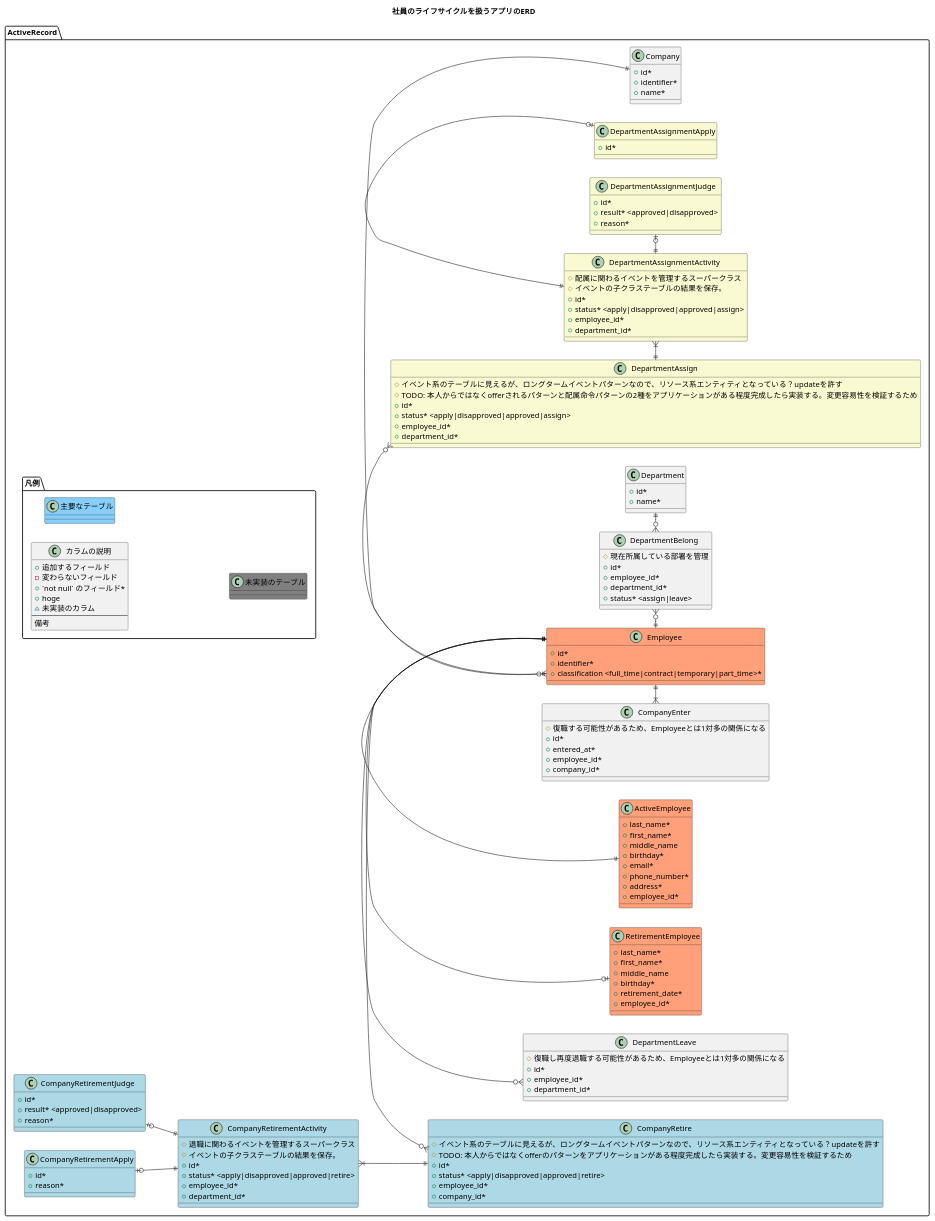
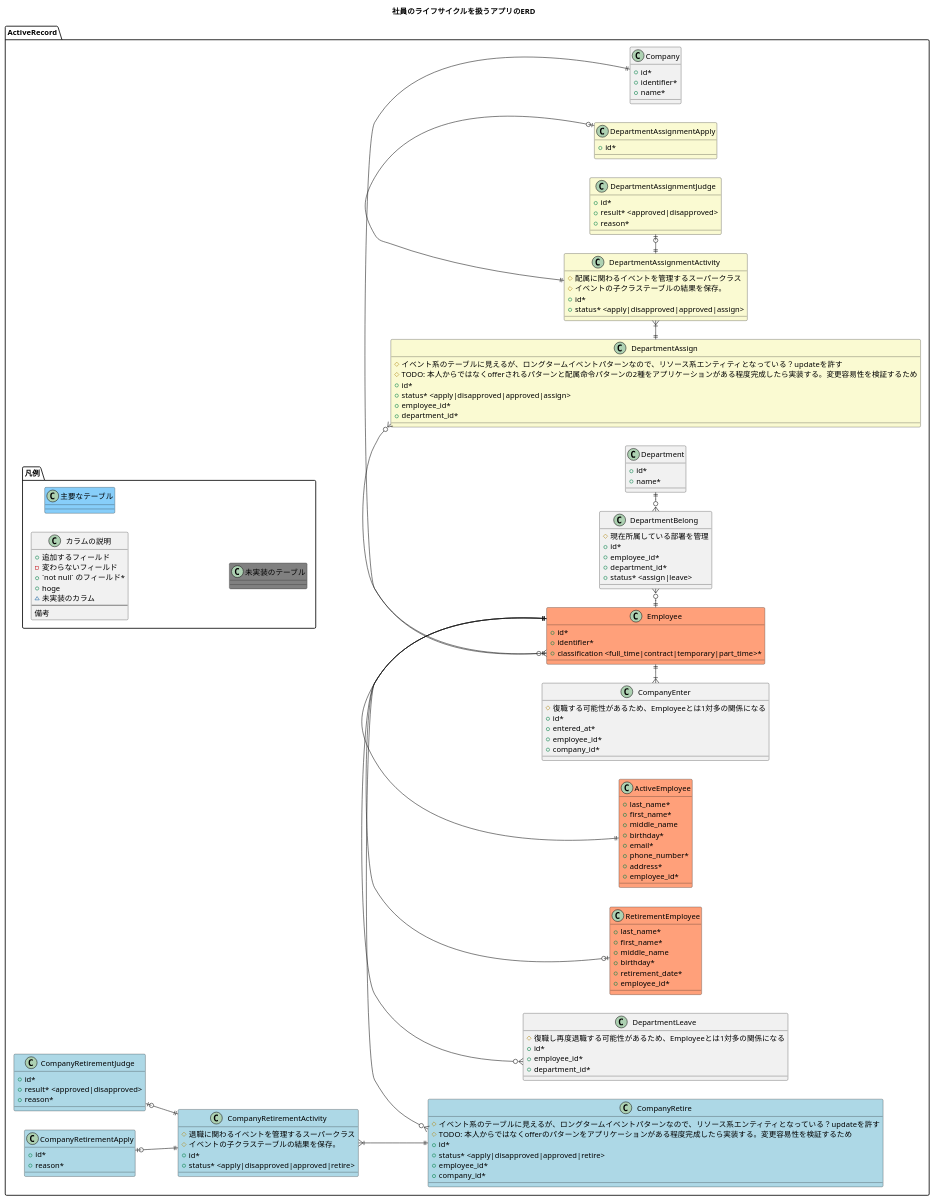
Before and after one commit to nakamori-naoya/human_resource_management_app_rails: the diagram in SystemDesign/ er.puml, drawn with PlantUML.

Commit message:
remove:不要な外部キーを削除

```diff
--- a/SystemDesign/ er.puml
+++ b/SystemDesign/ er.puml
@@ -1,160 +1,156 @@
 @startuml
 title
 社員のライフサイクルを扱うアプリのERD
 end title
 left to right direction
 
 namespace ActiveRecord {
   namespace 凡例 {
     class カラムの説明 {
       + 追加するフィールド
       - 変わらないフィールド
       + `not null` のフィールド*
       + hoge 
       ~ 未実装のカラム
       --
       備考
     }
 
     class 主要なテーブル #LightSkyBlue {
     }
 
     class 未実装のテーブル #Grey {
     }
   }
 
   class Employee #LightSalmon {
     + id*
     + identifier*
     + classification <full_time|contract|temporary|part_time>*
   }
 
   class ActiveEmployee #LightSalmon {
     + last_name*
     + first_name*
     + middle_name
     + birthday*
     + email*
     + phone_number*
     + address*
     + employee_id*
   }
 
   class RetirementEmployee #LightSalmon {
     + last_name*
     + first_name*
     + middle_name
     + birthday*
     + retirement_date*
     + employee_id*
   }
 
   class Company {
     + id*
     + identifier*
     + name*
   }
 
   class CompanyEnter {
     # 復職する可能性があるため、Employeeとは1対多の関係になる
     + id*
     + entered_at*
     + employee_id*
     + company_id*
   }
 
   class CompanyRetire #LightBlue{
     # イベント系のテーブルに見えるが、ロングタームイベントパターンなので、リソース系エンティティとなっている？updateを許す
     # TODO: 本人からではなくofferのパターンをアプリケーションがある程度完成したら実装する。変更容易性を検証するため
     + id*
     + status* <apply|disapproved|approved|retire>
     + employee_id*
     + company_id*
   }
 
   class CompanyRetirementActivity #LightBlue{
     # 退職に関わるイベントを管理するスーパークラス
     # イベントの子クラステーブルの結果を保存。
     + id*
     + status* <apply|disapproved|approved|retire>
-    + employee_id*
-    + department_id*
   }
 
   class CompanyRetirementApply #LightBlue{
     + id*
     + reason* 
   }
 
   class CompanyRetirementJudge #LightBlue {
     + id*
     + result* <approved|disapproved>
     + reason* 
   }
 
   class Department {
     + id*
     + name*
   }
 
   class DepartmentAssign  #LightGoldenRodYellow{
     # イベント系のテーブルに見えるが、ロングタームイベントパターンなので、リソース系エンティティとなっている？updateを許す
     # TODO: 本人からではなくofferされるパターンと配属命令パターンの2種をアプリケーションがある程度完成したら実装する。変更容易性を検証するため
     + id*
     + status* <apply|disapproved|approved|assign>
     + employee_id*
     + department_id*
   }
 
   class DepartmentAssignmentActivity #LightGoldenRodYellow{
     # 配属に関わるイベントを管理するスーパークラス
     # イベントの子クラステーブルの結果を保存。
     + id*
     + status* <apply|disapproved|approved|assign>
-    + employee_id*
-    + department_id*
   }
 
   class DepartmentAssignmentApply #LightGoldenRodYellow{
     + id*
   }
 
   class DepartmentAssignmentJudge #LightGoldenRodYellow{
     + id*
     + result* <approved|disapproved>
     + reason* 
   }
 
   class DepartmentLeave {
     # 復職し再度退職する可能性があるため、Employeeとは1対多の関係になる
     + id*
     + employee_id*
     + department_id*
   }
 
   class DepartmentBelong {
     # 現在所属している部署を管理
     + id*
     + employee_id*
     + department_id*
     + status* <assign|leave>
   }
 
 
   Company ||-l-o{ Employee
   Employee ||-l-|{ CompanyEnter
   Employee ||-l-|| ActiveEmployee
   Employee ||-l-o| RetirementEmployee
   Employee ||-l-o{ CompanyRetire
   CompanyRetire ||-u-|{ CompanyRetirementActivity
   CompanyRetirementActivity ||-u-o| CompanyRetirementApply
   CompanyRetirementActivity ||-u-o| CompanyRetirementJudge
   Employee ||-r-o{ DepartmentAssign
   DepartmentAssign ||-r-|{ DepartmentAssignmentActivity
   DepartmentAssignmentActivity ||-r-o| DepartmentAssignmentApply
   DepartmentAssignmentActivity ||-r-o| DepartmentAssignmentJudge
   Employee ||-l-o{ DepartmentLeave
   Department ||-l-o{ DepartmentBelong
   DepartmentBelong }o-l-|| Employee
 }
 @enduml
```
